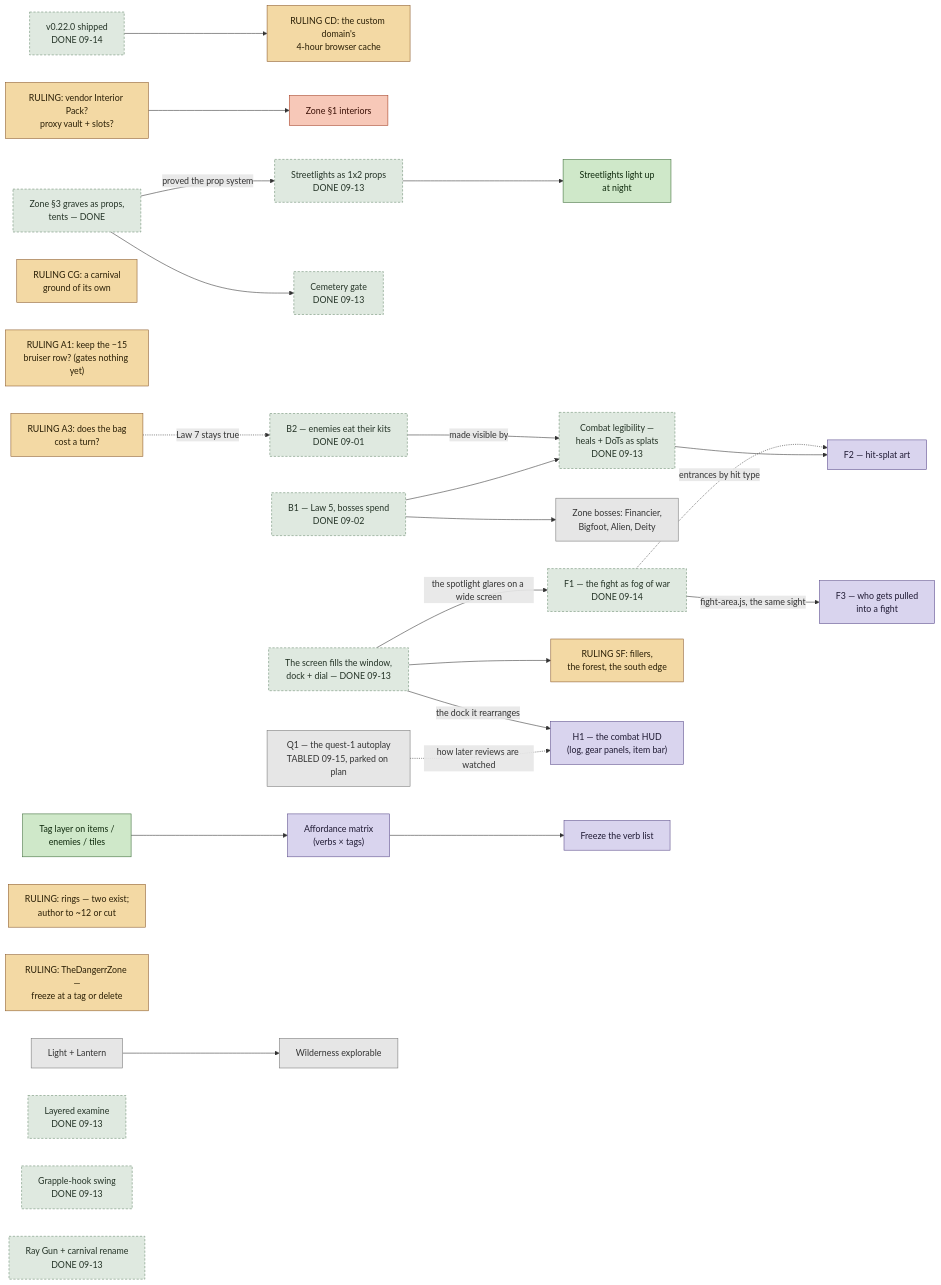
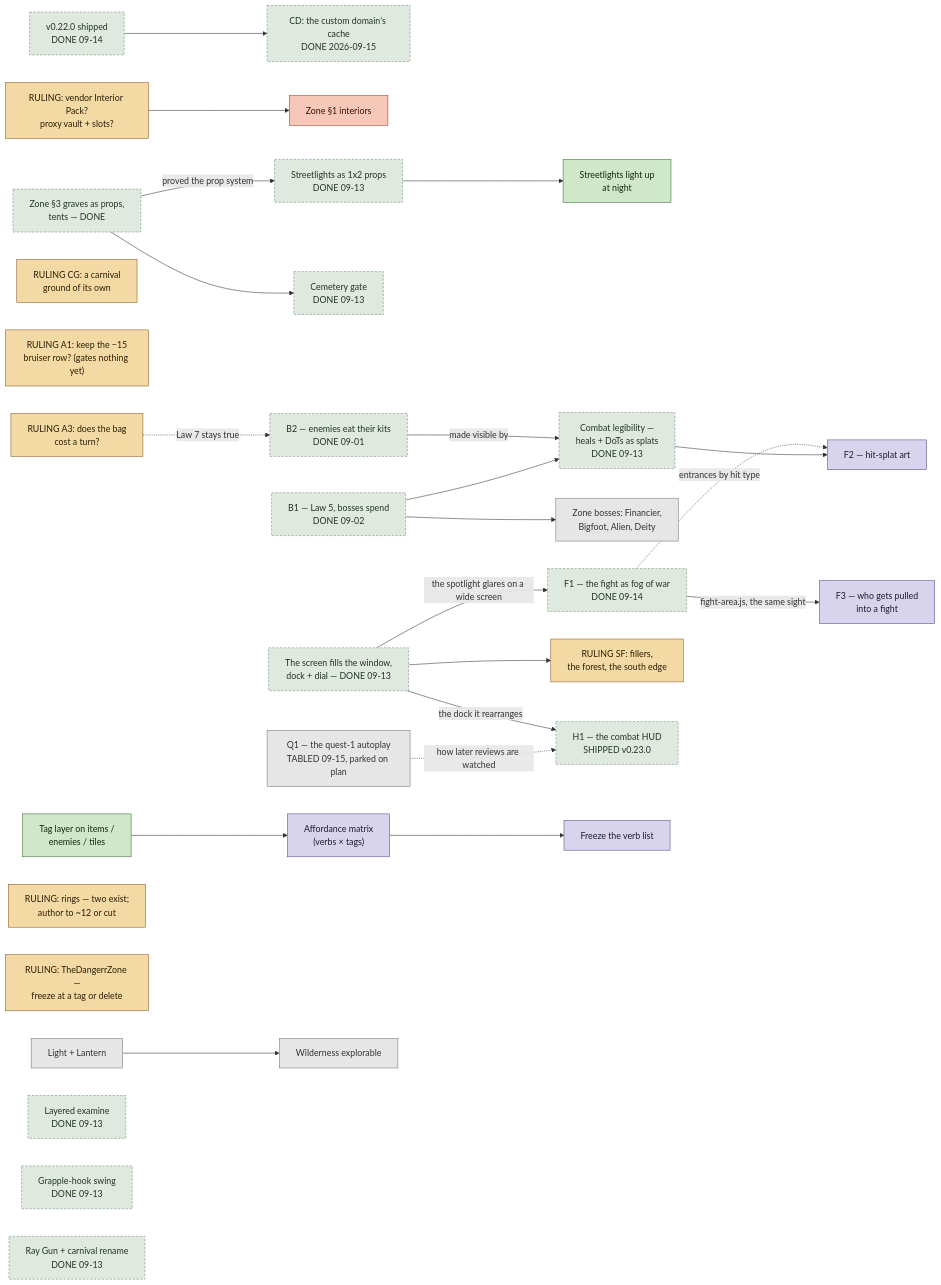
One commit to RussellDangerr/violencetown changed the diagram in plans/roadmap-2026-09.md. Above: the diagram before and after it, drawn with Mermaid. The commit also changed other lines of this file and 1 other file, not shown here.

````diff
--- a/plans/roadmap-2026-09.md
+++ b/plans/roadmap-2026-09.md
@@ -48,64 +49,64 @@
 ```mermaid
 flowchart LR
     classDef ruling fill:#f3d9a4,stroke:#8a5a2c,color:#2a1f06
     classDef ready fill:#cfe8c9,stroke:#3a6b35,color:#0f2a0d
     classDef design fill:#d9d4ee,stroke:#5a4a8a,color:#1f1a33
     classDef later fill:#e6e6e6,stroke:#777,color:#333
     classDef now fill:#f7c8b8,stroke:#a33a1e,color:#3a0f05
     classDef done fill:#dfe9e0,stroke:#6a8a6e,color:#243326,stroke-dasharray:4 3
 
     SHIP["v0.22.0 shipped<br/>DONE 09-14"]:::done
-    CD["RULING CD: the custom domain's<br/>4-hour browser cache"]:::ruling
+    CD["CD: the custom domain's cache<br/>DONE 2026-09-15"]:::done
     SHIP --> CD
     GY["Zone §3 graves as props,<br/>tents — DONE"]:::done
     INT["Zone §1 interiors"]:::now
     R_INT["RULING: vendor Interior Pack?<br/>proxy vault + slots?"]:::ruling
     R_INT --> INT
     GY -->|"proved the prop system"| LAMP["Streetlights as 1x2 props<br/>DONE 09-13"]:::done
     GY --> GATE["Cemetery gate<br/>DONE 09-13"]:::done
     LAMP --> LIT["Streetlights light up<br/>at night"]:::ready
     CG["RULING CG: a carnival<br/>ground of its own"]:::ruling
 
     BOSS["B1 — Law 5, bosses spend<br/>DONE 09-02"]:::done
     B2["B2 — enemies eat their kits<br/>DONE 09-01"]:::done
     LEG["Combat legibility —<br/>heals + DoTs as splats<br/>DONE 09-13"]:::done
     ZBOSS["Zone bosses: Financier,<br/>Bigfoot, Alien, Deity"]:::later
     BOSS --> ZBOSS
     B2 -->|"made visible by"| LEG
     BOSS --> LEG
 
     SCREEN["The screen fills the window,<br/>dock + dial — DONE 09-13"]:::done
     FOG["F1 — the fight as fog of war<br/>DONE 09-14"]:::done
     SPLAT["F2 — hit-splat art"]:::design
     PULL["F3 — who gets pulled<br/>into a fight"]:::design
     SF["RULING SF: fillers,<br/>the forest, the south edge"]:::ruling
     AUTO["Q1 — the quest-1 autoplay<br/>TABLED 09-15, parked on plan"]:::later
-    HUD["H1 — the combat HUD<br/>(log, gear panels, item bar)"]:::design
+    HUD["H1 — the combat HUD<br/>SHIPPED v0.23.0"]:::done
     SCREEN -->|"the spotlight glares on a wide screen"| FOG
     FOG -->|"fight-area.js, the same sight"| PULL
     FOG -.->|"entrances by hit type"| SPLAT
     LEG --> SPLAT
     SCREEN --> SF
     SCREEN -->|"the dock it rearranges"| HUD
     AUTO -.->|"how later reviews are watched"| HUD
 
     A1["RULING A1: keep the −15<br/>bruiser row? (gates nothing yet)"]:::ruling
     A3["RULING A3: does the bag<br/>cost a turn?"]:::ruling
     A3 -.->|"Law 7 stays true"| B2
 
     TAG["Tag layer on items /<br/>enemies / tiles"]:::ready
     MATRIX["Affordance matrix<br/>(verbs × tags)"]:::design
     FREEZE["Freeze the verb list"]:::design
     TAG --> MATRIX --> FREEZE
 
     RINGS["RULING: rings — two exist;<br/>author to ~12 or cut"]:::ruling
     DZ["RULING: TheDangerrZone —<br/>freeze at a tag or delete"]:::ruling
 
     LANT["Light + Lantern"]:::later
     WILD["Wilderness explorable"]:::later
     LANT --> WILD
 
     EX["Layered examine<br/>DONE 09-13"]:::done
     GRAP["Grapple-hook swing<br/>DONE 09-13"]:::done
     RAY["Ray Gun + carnival rename<br/>DONE 09-13"]:::done
 ```
````
